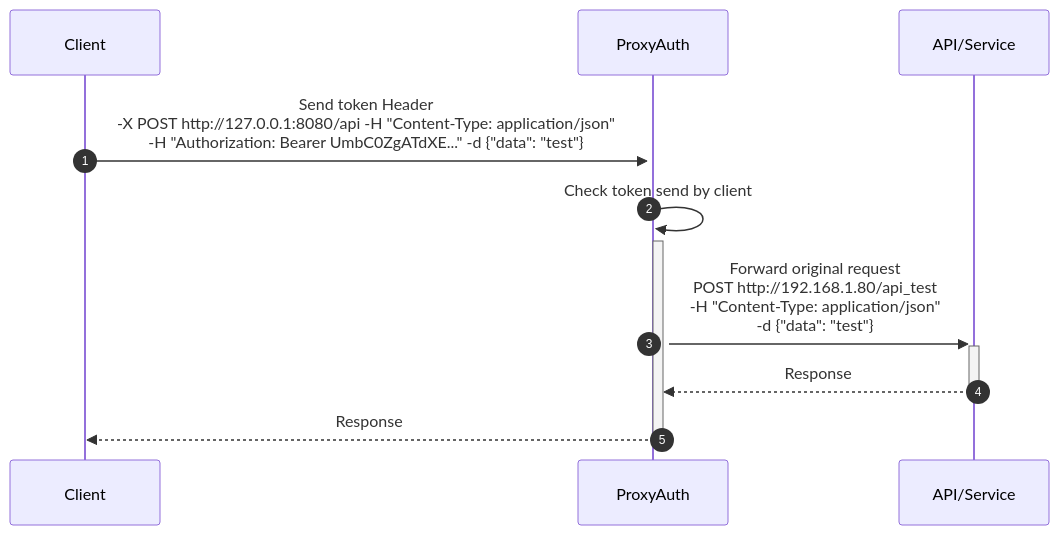
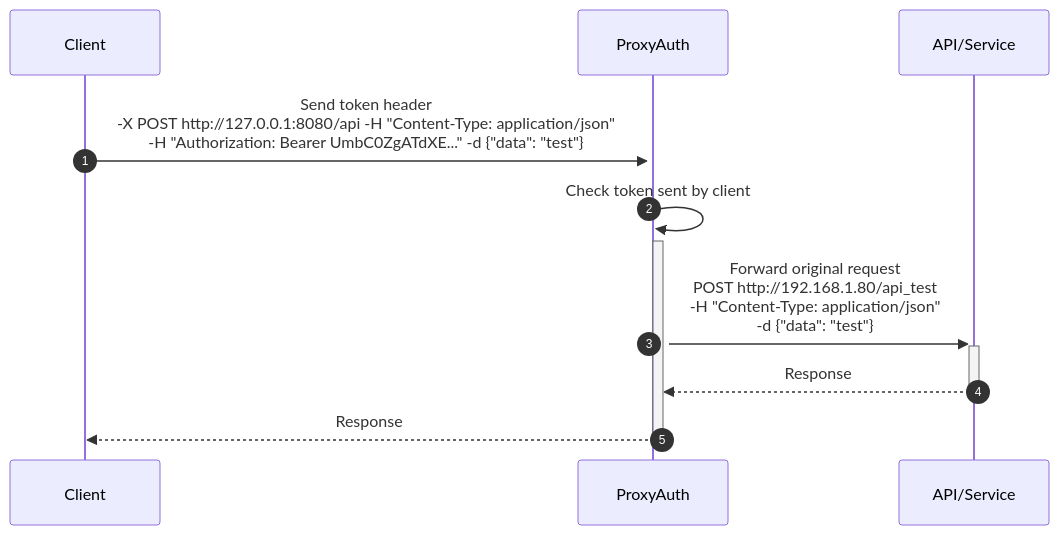
The second of 3 diagrams in README.md (ProxyAuth/ProxyAuth), drawn with Mermaid before and after one commit. The commit also changed other lines of this file, not shown here.

````diff
--- a/README.md
+++ b/README.md
@@ -195,13 +228,13 @@
 ```mermaid
 sequenceDiagram
     autonumber
     participant C as Client
     participant P as ProxyAuth
     participant A as API/Service
 
-    C->>+P: Send token Header <br> -X POST http://127.0.0.1:8080/api -H "Content-Type: application/json" <br>-H "Authorization: Bearer UmbC0ZgATdXE..." -d {"data": "test"}
-    P->>+P: Check token send by client
+    C->>+P: Send token header <br> -X POST http://127.0.0.1:8080/api -H "Content-Type: application/json" <br>-H "Authorization: Bearer UmbC0ZgATdXE..." -d {"data": "test"}
+    P->>+P: Check token sent by client
     P->>+A: Forward original request <br> POST http://192.168.1.80/api_test <br>-H "Content-Type: application/json" <br>-d {"data": "test"}
     A-->>-P: Response
     P-->>-C: Response
 ```
````
